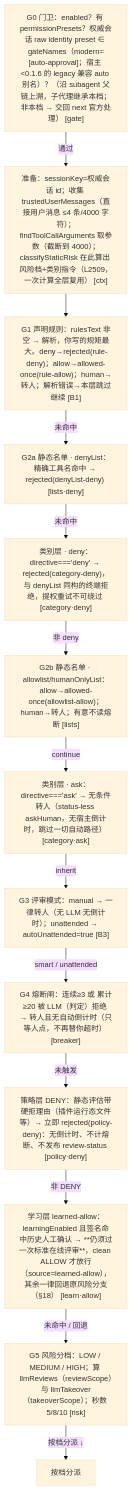
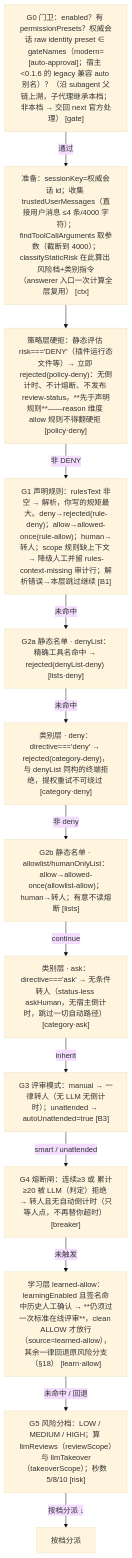
The diagram in docs/04-adjudicator-pipeline.md (cuddly-guacamole/dsh-auto-approval-llm), drawn with Mermaid (base theme) before and after one commit. The commit also changed 9 other files, not shown here.

````diff
--- a/docs/04-adjudicator-pipeline.md
+++ b/docs/04-adjudicator-pipeline.md
@@ -7,15 +7,15 @@
 ```mermaid
 flowchart TD
-    A1["G0 门卫：enabled？有 permissionPresets？权威会话 raw identity preset ∈ gateNames（modern=[auto-approval]；宿主 <0.1.6 的 legacy 兼容 auto 别名）？（沿 subagent 父链上溯，子代理继承本档；非本档 → 交回 next 官方处理） [gate]"] -->|通过| A2["准备：sessionKey=权威会话 id；收集 trustedUserMessages（直接用户消息 ≤4 条/4000 字符）；findToolCallArguments 取参数（截断到 4000）；classifyStaticRisk 在此算出 风险档+类别指令（L2509，一次计算全层复用） [ctx]"]
-    A2 --> A3["G1 声明规则：rulesText 非空 → 解析，你写的规矩最大。deny→rejected(rule-deny)；allow→allowed-once(rule-allow)；human→转人；解析错误→本层跳过继续 [B1]"]
+    A1["G0 门卫：enabled？有 permissionPresets？权威会话 raw identity preset ∈ gateNames（modern=[auto-approval]；宿主 <0.1.6 的 legacy 兼容 auto 别名）？（沿 subagent 父链上溯，子代理继承本档；非本档 → 交回 next 官方处理） [gate]"] -->|通过| A2["准备：sessionKey=权威会话 id；收集 trustedUserMessages（直接用户消息 ≤4 条/4000 字符）；findToolCallArguments 取参数（截断到 4000）；classifyStaticRisk 在此算出 风险档+类别指令（answerer 入口一次计算全层复用） [ctx]"]
+    A2 --> A10["策略层硬拒：静态评估 risk==='DENY'（插件运行态文件等）→ 立即 rejected(policy-deny)：无倒计时、不计熔断、不发布 review-status。**先于声明规则**——reason 维度 allow 规则不得翻硬拒 [policy·deny]"]
+    A10 -->|非 DENY| A3["G1 声明规则：rulesText 非空 → 解析，你写的规矩最大。deny→rejected(rule-deny)；allow→allowed-once(rule-allow)；human→转人；scope 规则缺上下文 → 降级人工并留 rules-context-missing 审计行；解析错误→本层跳过继续 [B1]"]
     A3 -->|未命中| A4["G2a 静态名单 · denyList：精确工具名命中 → rejected(denyList-deny) [lists·deny]"]
     A4 -->|未命中| A5["类别层 · deny：directive==='deny' → rejected(category-deny)，与 denyList 同构的终端拒绝，提权重试不可绕过 [category·deny]"]
     A5 -->|非 deny| A6["G2b 静态名单 · allowlist/humanOnlyList：allow→allowed-once(allowlist-allow)；human→转人；有意不读熔断 [lists]"]
     A6 -->|continue| A7["类别层 · ask：directive==='ask' → 无条件转人（status-less askHuman，无宿主倒计时，跳过一切自动路径） [category·ask]"]
     A7 -->|inherit| A8["G3 评审模式：manual → 一律转人（无 LLM 无倒计时）；unattended → autoUnattended=true [B3]"]
     A8 -->|smart / unattended| A9["G4 熔断闸：连续≥3 或 累计≥20 被 LLM（判定）拒绝 → 转人且无自动倒计时（只等人点，不再替你超时） [breaker]"]
-    A9 -->|未触发| A10["策略层 DENY：静态评估带硬拒理由（插件运行态文件等）→ 立即 rejected(policy-deny)：无倒计时、不计熔断、不发布 review-status [policy·deny]"]
-    A10 -->|非 DENY| A11["学习层 learned-allow：learningEnabled 且签名命中历史人工确认 → **仍须过一次标准在线评审**，clean ALLOW 才放行（source=learned-allow），其余一律回退原风险分支（§18） [learn·allow]"]
+    A9 -->|未触发| A11["学习层 learned-allow：learningEnabled 且签名命中历史人工确认 → **仍须过一次标准在线评审**，clean ALLOW 才放行（source=learned-allow），其余一律回退原风险分支（§18） [learn·allow]"]
     A11 -->|未命中 / 回退| A12["G5 风险分档：LOW / MEDIUM / HIGH；算 llmReviews（reviewScope）与 llmTakeover（takeoverScope）；秒数 5/8/10 [risk]"]
     A12 -->|按档分派 ↓| A13["按档分派"]
 ```
````
